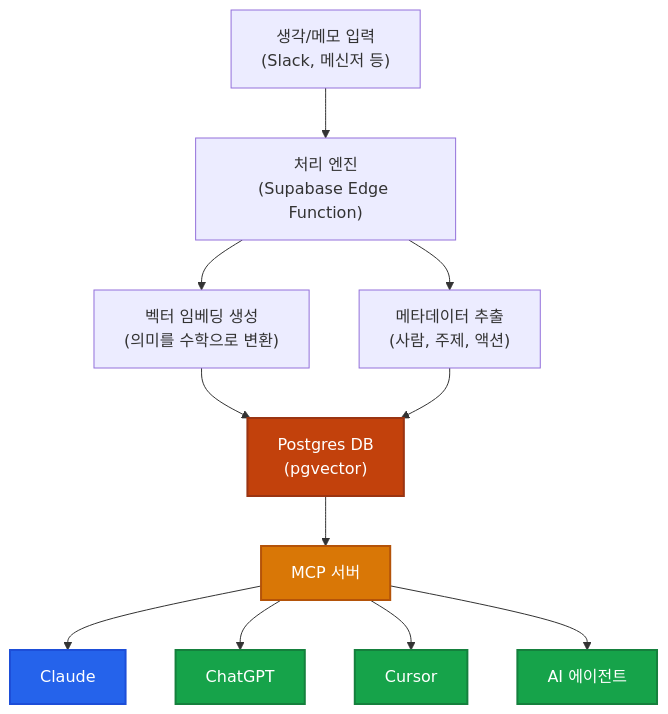
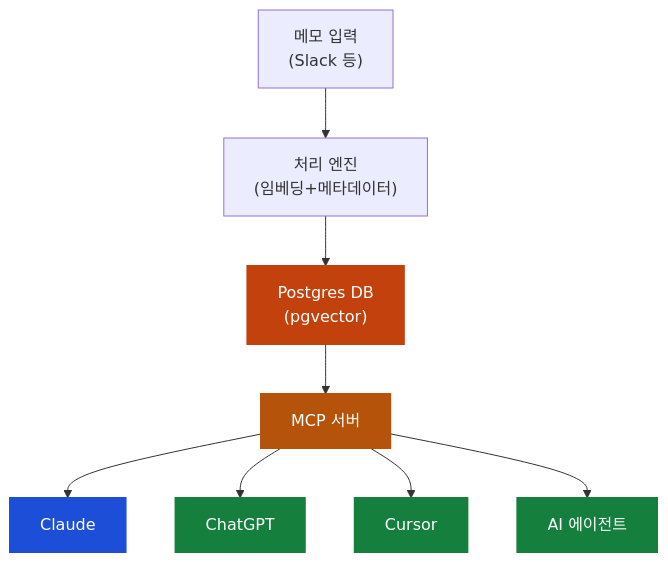
The diagram in content/youtube-update/open-brain-agent-memory.md (udawon/udawon-how-to-claude), drawn with Mermaid before and after one commit. The commit also changed other lines of this file and 23 other files, not shown here.

````diff
--- a/content/youtube-update/open-brain-agent-memory.md
+++ b/content/youtube-update/open-brain-agent-memory.md
@@ -45,20 +45,17 @@
 ```mermaid
 graph TB
-    Input["생각/메모 입력<br/>(Slack, 메신저 등)"] --> Process["처리 엔진<br/>(Supabase Edge Function)"]
-    Process --> Vector["벡터 임베딩 생성<br/>(의미를 수학으로 변환)"]
-    Process --> Meta["메타데이터 추출<br/>(사람, 주제, 액션)"]
-    Vector --> DB["Postgres DB<br/>(pgvector)"]
-    Meta --> DB
+    Input["메모 입력<br/>(Slack 등)"] --> Process["처리 엔진<br/>(임베딩+메타데이터)"]
+    Process --> DB["Postgres DB<br/>(pgvector)"]
     DB --> MCP["MCP 서버"]
     MCP --> Claude["Claude"]
     MCP --> ChatGPT["ChatGPT"]
     MCP --> Cursor["Cursor"]
     MCP --> Agent["AI 에이전트"]
 
-    style DB fill:#c2410c,color:#fff,stroke:#9a3412,stroke-width:2px
-    style MCP fill:#d97706,color:#fff,stroke:#b45309,stroke-width:2px
-    style Claude fill:#2563eb,color:#fff,stroke:#1d4ed8,stroke-width:2px
-    style ChatGPT fill:#16a34a,color:#fff,stroke:#15803d,stroke-width:2px
-    style Cursor fill:#16a34a,color:#fff,stroke:#15803d,stroke-width:2px
-    style Agent fill:#16a34a,color:#fff,stroke:#15803d,stroke-width:2px
+    style DB fill:#c2410c,color:#fff,stroke:#c2410c,stroke-width:2px
+    style MCP fill:#b45309,color:#fff,stroke:#b45309,stroke-width:2px
+    style Claude fill:#1d4ed8,color:#fff,stroke:#1d4ed8,stroke-width:2px
+    style ChatGPT fill:#15803d,color:#fff,stroke:#15803d,stroke-width:2px
+    style Cursor fill:#15803d,color:#fff,stroke:#15803d,stroke-width:2px
+    style Agent fill:#15803d,color:#fff,stroke:#15803d,stroke-width:2px
 ```
````
